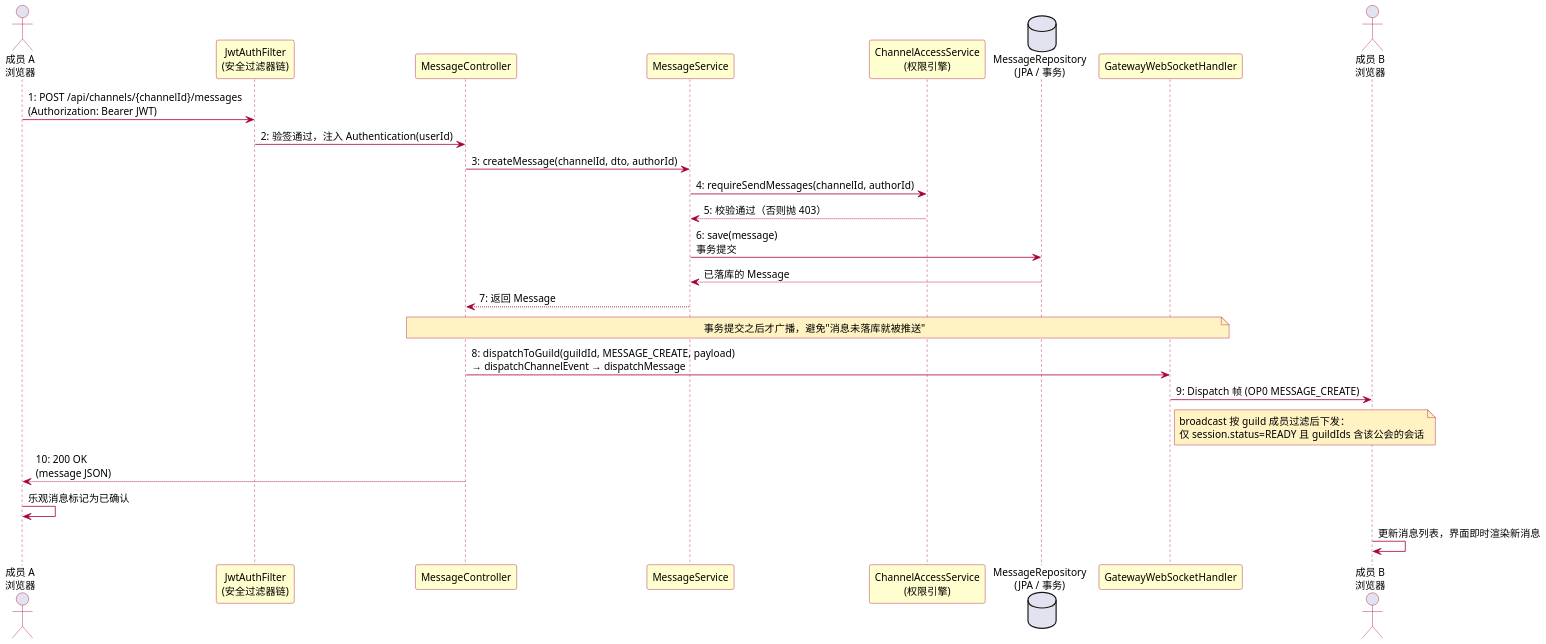
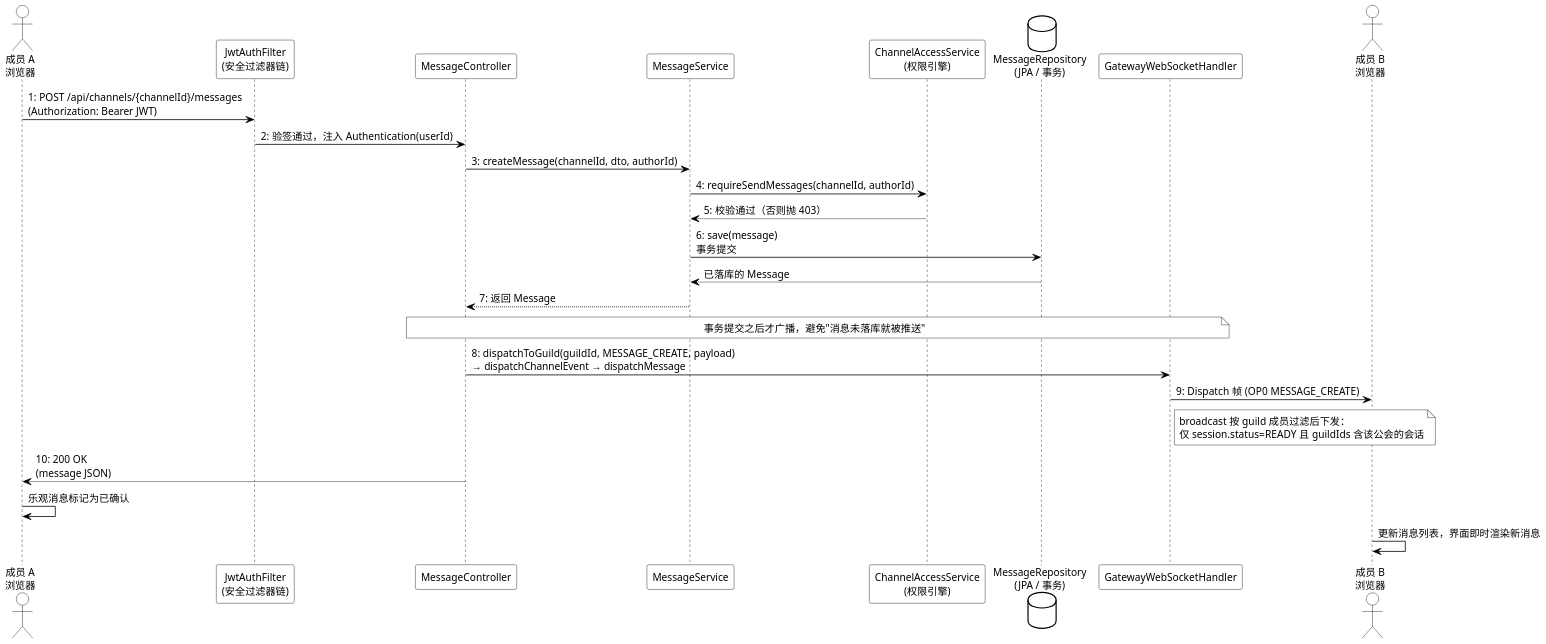
Before and after one commit to Siegfried-Crowley/Chorus: the diagram in docs/figures/fig5-1-sequence.puml, drawn with PlantUML. The commit also changed 24 other files, not shown here.

First line of the commit message:
docs: 摘要改写为独立研究口径；论文配图改黑白无填充、连线零交叉

```diff
--- a/docs/figures/fig5-1-sequence.puml
+++ b/docs/figures/fig5-1-sequence.puml
@@ -1,52 +1,77 @@
 @startuml fig5-1-sequence
+' ===== 统一黑白打印样式：白底 / 黑框 / 黑字 / 无阴影 =====
 skinparam backgroundColor #FFFFFF
+skinparam shadowing false
 skinparam defaultFontName "Microsoft YaHei"
 skinparam defaultFontSize 13
-skinparam shadowing false
 skinparam dpi 150
-skinparam ArrowColor #A80036
+skinparam defaultFontColor #000000
+skinparam ArrowColor #000000
+skinparam ArrowFontColor #000000
 skinparam sequence {
-  ParticipantBackgroundColor #FEFECE
-  ParticipantBorderColor #A80036
+  ParticipantBackgroundColor #FFFFFF
+  ParticipantBorderColor #000000
   ParticipantFontColor #000000
-  LifeLineBorderColor #A80036
-  GroupBorderColor #A80036
+  LifeLineBackgroundColor #FFFFFF
+  LifeLineBorderColor #000000
+  ArrowColor #000000
+  ActorBackgroundColor #FFFFFF
+  ActorBorderColor #000000
+  ActorFontColor #000000
+  GroupBackgroundColor #FFFFFF
+  GroupBorderColor #000000
+  GroupFontColor #000000
+  DividerBackgroundColor #FFFFFF
+  DividerBorderColor #000000
+  DividerFontColor #000000
+  DelayBackgroundColor #FFFFFF
+  DelayBorderColor #000000
+  ReferenceBackgroundColor #FFFFFF
+  ReferenceBorderColor #000000
 }
 skinparam actor {
-  BorderColor #A80036
+  BackgroundColor #FFFFFF
+  BorderColor #000000
+  FontColor #000000
+}
+skinparam database {
+  BackgroundColor #FFFFFF
+  BorderColor #000000
+  FontColor #000000
 }
 skinparam note {
-  BackgroundColor #FFF3C4
-  BorderColor #A80036
+  BackgroundColor #FFFFFF
+  BorderColor #000000
+  FontColor #000000
 }
 
 actor "成员 A\n浏览器" as A
 participant "JwtAuthFilter\n(安全过滤器链)" as jwt
 participant "MessageController" as ctrl
 participant "MessageService" as ms
 participant "ChannelAccessService\n(权限引擎)" as cas
 database "MessageRepository\n(JPA / 事务)" as repo
 participant "GatewayWebSocketHandler" as gw
 actor "成员 B\n浏览器" as B
 
 A -> jwt : 1: POST /api/channels/{channelId}/messages\n(Authorization: Bearer JWT)
 jwt -> ctrl : 2: 验签通过，注入 Authentication(userId)
 ctrl -> ms : 3: createMessage(channelId, dto, authorId)
 ms -> cas : 4: requireSendMessages(channelId, authorId)
 cas --> ms : 5: 校验通过（否则抛 403）
 ms -> repo : 6: save(message)\n事务提交
 repo --> ms : 已落库的 Message
 ms --> ctrl : 7: 返回 Message
 note over ctrl, gw
   事务提交之后才广播，避免"消息未落库就被推送"
 end note
 ctrl -> gw : 8: dispatchToGuild(guildId, MESSAGE_CREATE, payload)\n→ dispatchChannelEvent → dispatchMessage
 gw -> B : 9: Dispatch 帧 (OP0 MESSAGE_CREATE)
 note right of gw
   broadcast 按 guild 成员过滤后下发：
   仅 session.status=READY 且 guildIds 含该公会的会话
 end note
 ctrl --> A : 10: 200 OK\n(message JSON)
 A -> A : 乐观消息标记为已确认
 B -> B : 更新消息列表，界面即时渲染新消息
 @enduml
```
